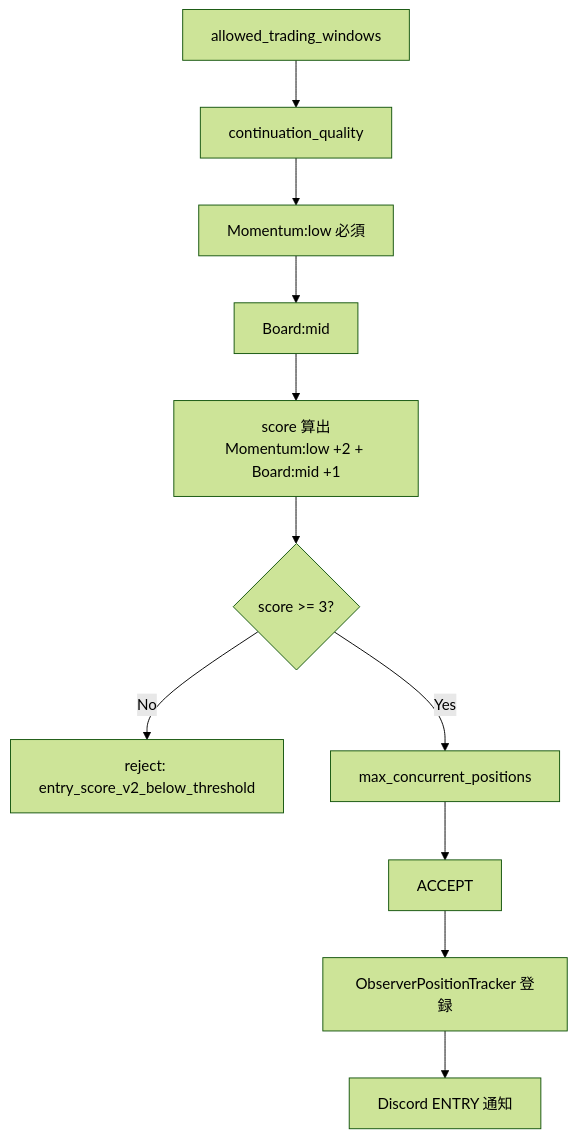
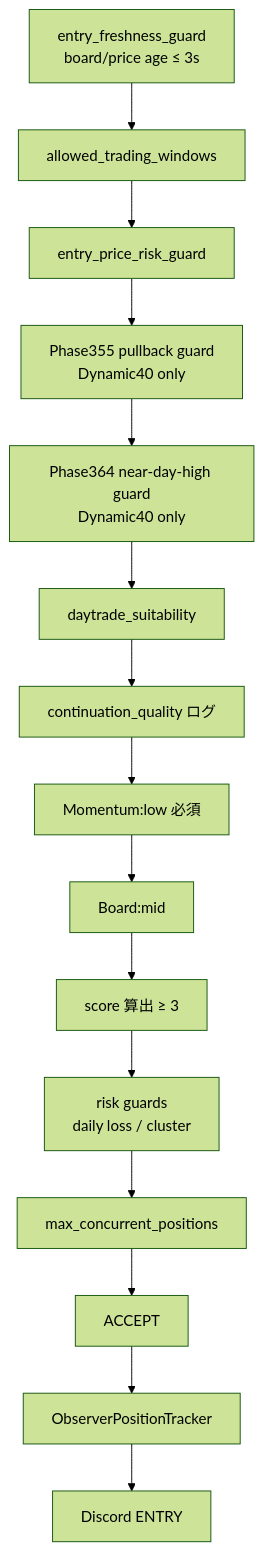
Before and after one commit to yhach0420/tradebot: the fourth of 5 diagrams in kabu_native/docs/kabu_station_system_design.md, drawn with Mermaid (forest theme). The commit also changed other lines of this file and 680 other files, not shown here.

````diff
--- a/kabu_native/docs/kabu_station_system_design.md
+++ b/kabu_native/docs/kabu_station_system_design.md
@@ -1611,13 +1856,17 @@
 ```mermaid
 flowchart TD
-  S1[allowed_trading_windows] --> S2[continuation_quality]
-  S2 --> S3[Momentum:low 必須]
-  S3 --> S4[Board:mid]
-  S4 --> S5[score 算出<br/>Momentum:low +2 + Board:mid +1]
-  S5 --> S6{score >= 3?}
-  S6 -->|No| R1[reject: entry_score_v2_below_threshold]
-  S6 -->|Yes| S7[max_concurrent_positions]
-  S7 --> S8[ACCEPT]
-  S8 --> S9[ObserverPositionTracker 登録]
-  S9 --> S10[Discord ENTRY 通知]
+  S0[entry_freshness_guard<br/>board/price age ≤ 3s] --> S1[allowed_trading_windows]
+  S1 --> S2[entry_price_risk_guard]
+  S2 --> S3[Phase355 pullback guard<br/>Dynamic40 only]
+  S3 --> S4[Phase364 near-day-high guard<br/>Dynamic40 only]
+  S4 --> S5[daytrade_suitability]
+  S5 --> S6[continuation_quality ログ]
+  S6 --> S7[Momentum:low 必須]
+  S7 --> S8[Board:mid]
+  S8 --> S9[score 算出 ≥ 3]
+  S9 --> S10[risk guards<br/>daily loss / cluster]
+  S10 --> S11[max_concurrent_positions]
+  S11 --> S12[ACCEPT]
+  S12 --> S13[ObserverPositionTracker]
+  S13 --> S14[Discord ENTRY]
 ```
````
